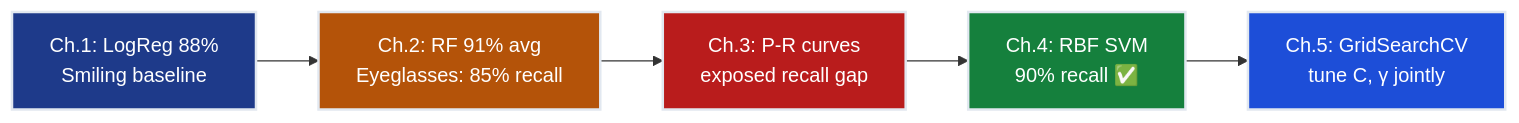
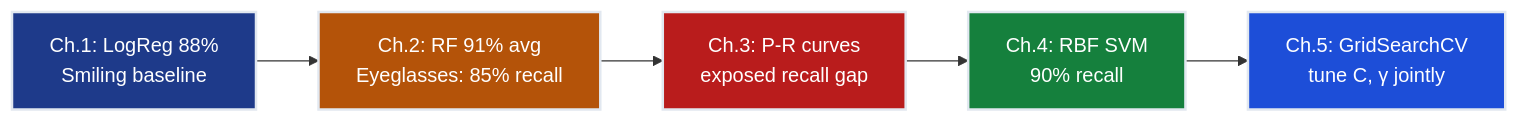
Before and after one commit to dsgouda7/ai-portfolio: the fourth of 6 diagrams in notes/01-ml/02-classification/ch04_svm/README.md, drawn with Mermaid. The commit also changed other lines of this file and 179 other files, not shown here.

````diff
--- a/notes/01-ml/02-classification/ch04_svm/README.md
+++ b/notes/01-ml/02-classification/ch04_svm/README.md
@@ -708,12 +708,12 @@
 ```mermaid
 graph LR
-    A["Ch.1: LogReg 88%\nSmiling baseline"] --> B["Ch.2: RF 91% avg\nEyeglasses: 85% recall"]
-    B --> C["Ch.3: P-R curves\nexposed recall gap"]
-    C --> D["Ch.4: RBF SVM\n90% recall ✅"]
-    D --> E["Ch.5: GridSearchCV\ntune C, γ jointly"]
-    style A fill:#1e3a8a,stroke:#e2e8f0,stroke-width:2px,color:#ffffff
-    style B fill:#b45309,stroke:#e2e8f0,stroke-width:2px,color:#ffffff
-    style C fill:#b91c1c,stroke:#e2e8f0,stroke-width:2px,color:#ffffff
-    style D fill:#15803d,stroke:#e2e8f0,stroke-width:2px,color:#ffffff
-    style E fill:#1d4ed8,stroke:#e2e8f0,stroke-width:2px,color:#ffffff
+ A["Ch.1: LogReg 88%\nSmiling baseline"] --> B["Ch.2: RF 91% avg\nEyeglasses: 85% recall"]
+ B --> C["Ch.3: P-R curves\nexposed recall gap"]
+ C --> D["Ch.4: RBF SVM\n90% recall "]
+ D --> E["Ch.5: GridSearchCV\ntune C, γ jointly"]
+ style A fill:#1e3a8a,stroke:#e2e8f0,stroke-width:2px,color:#ffffff
+ style B fill:#b45309,stroke:#e2e8f0,stroke-width:2px,color:#ffffff
+ style C fill:#b91c1c,stroke:#e2e8f0,stroke-width:2px,color:#ffffff
+ style D fill:#15803d,stroke:#e2e8f0,stroke-width:2px,color:#ffffff
+ style E fill:#1d4ed8,stroke:#e2e8f0,stroke-width:2px,color:#ffffff
 ```
````
